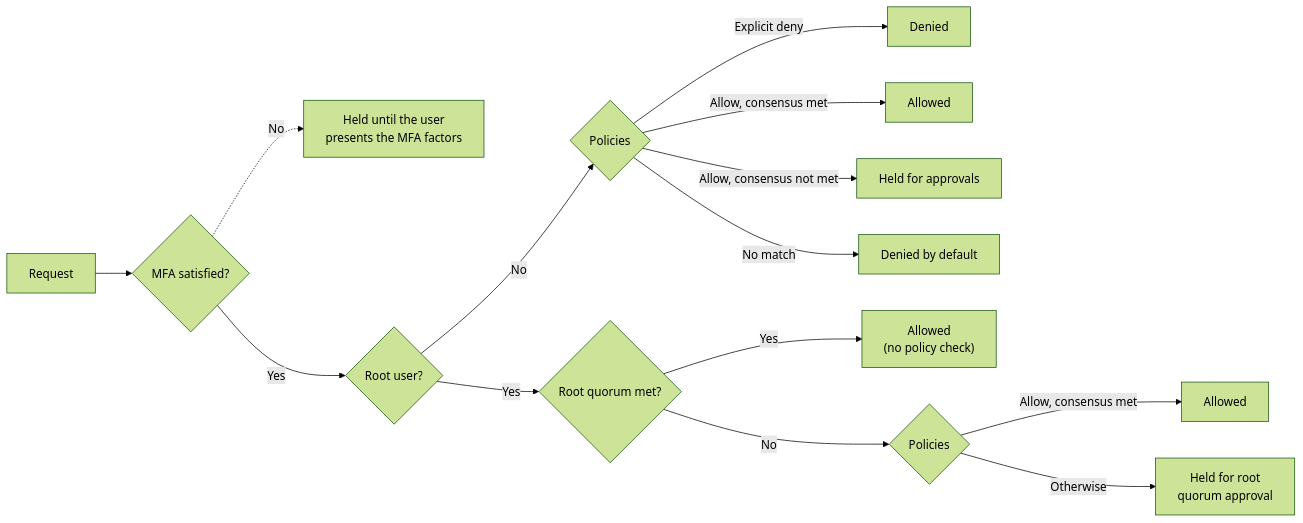
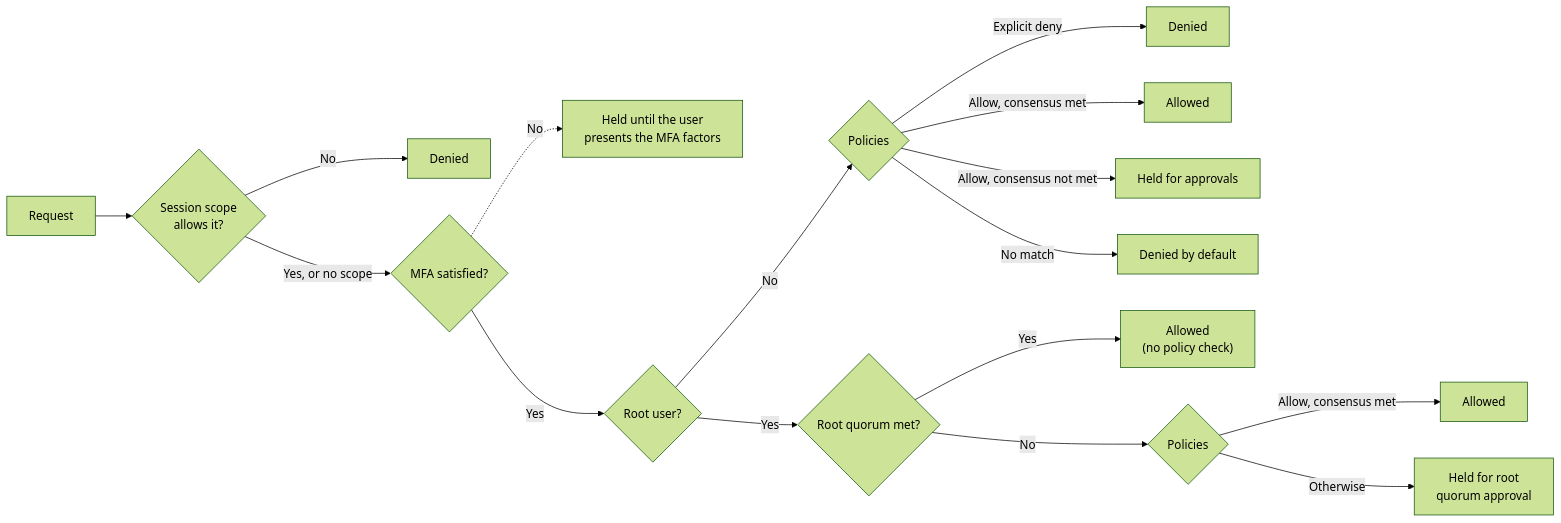
One commit to tkhq/docs changed the diagram in security/securing-your-integration.mdx. Above: the diagram before and after it, drawn with Mermaid (forest theme). The commit also changed other lines of this file and 7 other files, not shown here.

````diff
--- a/security/securing-your-integration.mdx
+++ b/security/securing-your-integration.mdx
@@ -36,17 +38,19 @@
 ```mermaid
 flowchart LR
-    R[Request] --> M{MFA satisfied?}
+    R[Request] --> S{Session scope<br/>allows it?}
+    S -- No --> D0[Denied]
+    S -- "Yes, or no scope" --> M{MFA satisfied?}
     M -. No .-> H1["Held until the user<br/>presents the MFA factors"]
     M -- Yes --> U{Root user?}
     H1 ~~~ P
     U -- No --> P{Policies}
     P -- Explicit deny --> D1[Denied]
     P -- "Allow, consensus met" --> A2[Allowed]
     P -- "Allow, consensus not met" --> H2[Held for approvals]
     P -- No match --> D2[Denied by default]
     U -- Yes --> Q{Root quorum met?}
     Q -- Yes --> A1["Allowed<br/>(no policy check)"]
     Q -- No --> PR{Policies}
     PR -- "Allow, consensus met" --> A3[Allowed]
     PR -- Otherwise --> H3["Held for root<br/>quorum approval"]
 ```
````
